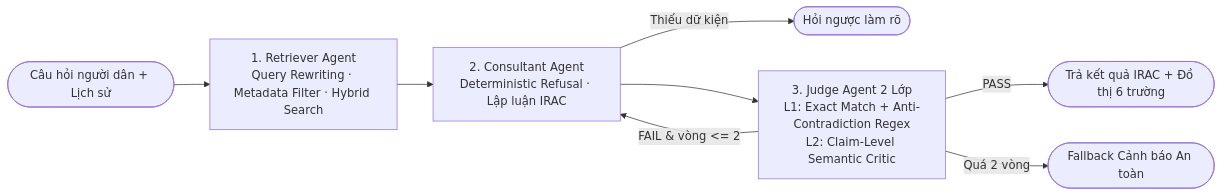
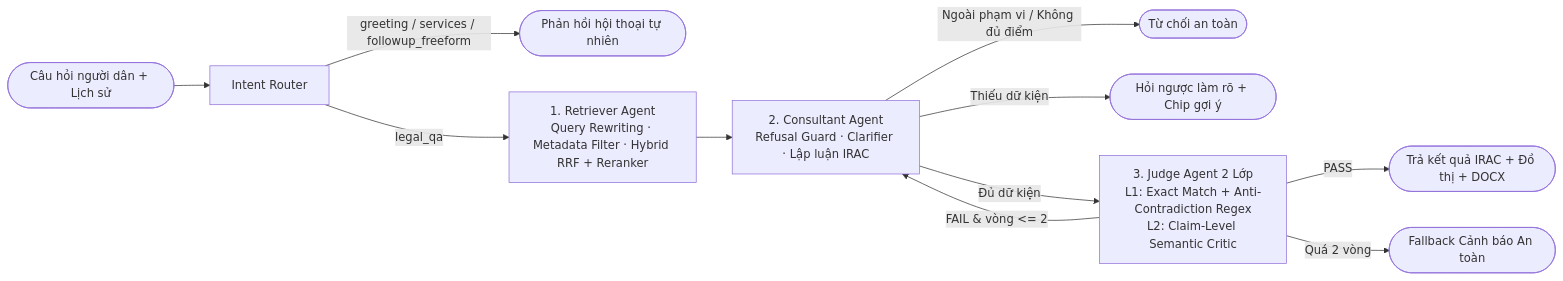
Before and after one commit to TrongtheMid/APCR-RAG: the diagram in README.md, drawn with Mermaid. The commit also changed other lines of this file, not shown here.

````diff
--- a/README.md
+++ b/README.md
@@ -32,10 +34,13 @@
 ```mermaid
 flowchart LR
-    Q([Câu hỏi người dân + Lịch sử]) --> R[1. Retriever Agent<br/>Query Rewriting · Metadata Filter · Hybrid Search]
-    R --> C[2. Consultant Agent<br/>Deterministic Refusal · Lập luận IRAC]
-    C -->|Thiếu dữ kiện| CL([Hỏi ngược làm rõ])
-    C --> J[3. Judge Agent 2 Lớp<br/>L1: Exact Match + Anti-Contradiction Regex<br/>L2: Claim-Level Semantic Critic]
-    J -->|PASS| OUT([Trả kết quả IRAC + Đồ thị 6 trường])
-    J -->|FAIL & vòng <= 2| C
-    J -->|Quá 2 vòng| FB([Fallback Cảnh báo An toàn])
+    Q(["Câu hỏi người dân + Lịch sử"]) --> IR["Intent Router"]
+    IR -->|"greeting / services / followup_freeform"| CONV(["Phản hồi hội thoại tự nhiên"])
+    IR -->|"legal_qa"| R["1. Retriever Agent<br/>Query Rewriting · Metadata Filter · Hybrid RRF + Reranker"]
+    R --> C["2. Consultant Agent<br/>Refusal Guard · Clarifier · Lập luận IRAC"]
+    C -->|"Ngoài phạm vi / Không đủ điểm"| REF(["Từ chối an toàn"])
+    C -->|"Thiếu dữ kiện"| CL(["Hỏi ngược làm rõ + Chip gợi ý"])
+    C -->|"Đủ dữ kiện"| J["3. Judge Agent 2 Lớp<br/>L1: Exact Match + Anti-Contradiction Regex<br/>L2: Claim-Level Semantic Critic"]
+    J -->|"PASS"| OUT(["Trả kết quả IRAC + Đồ thị + DOCX"])
+    J -->|"FAIL & vòng <= 2"| C
+    J -->|"Quá 2 vòng"| FB(["Fallback Cảnh báo An toàn"])
 ```
````
